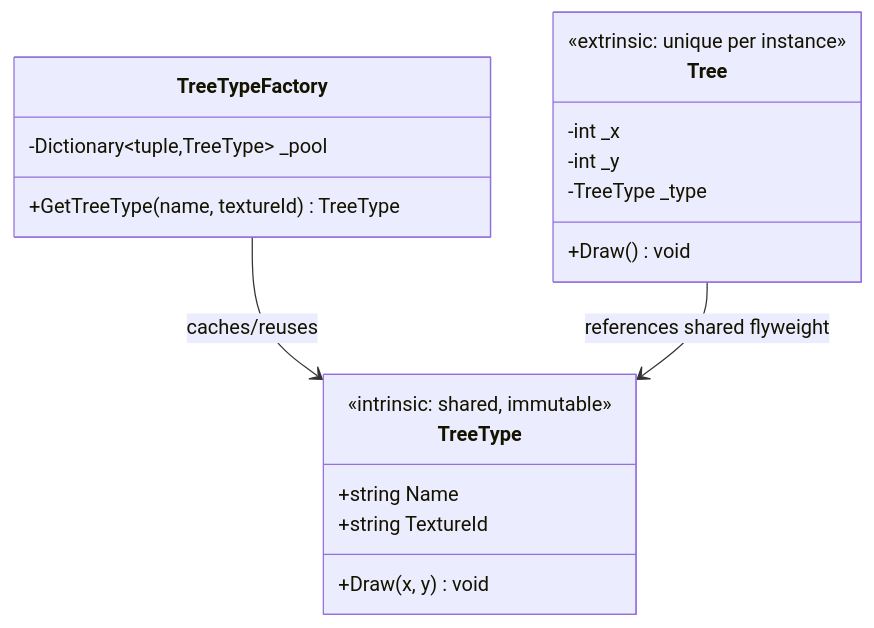
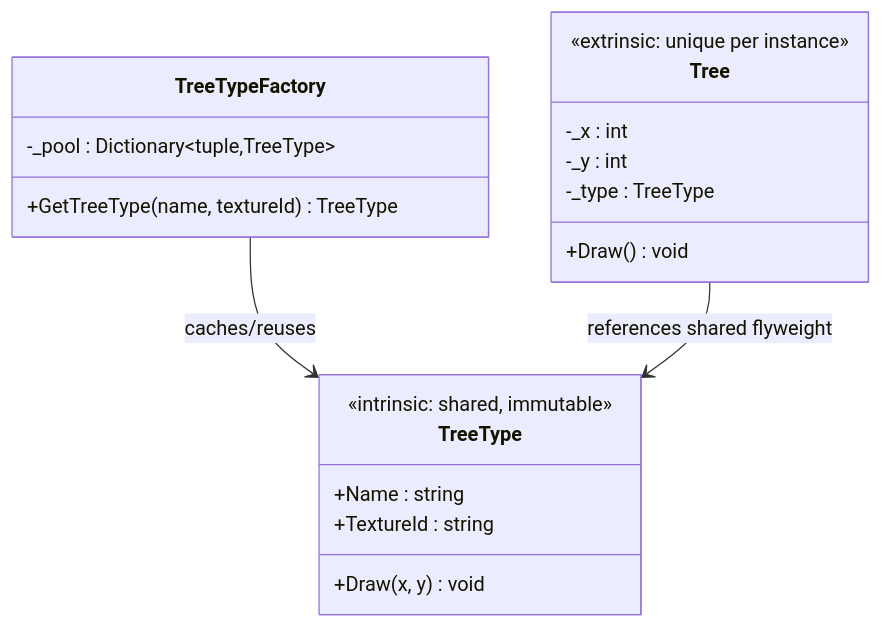
One commit to tushardongre1990/LLD-Claude changed the diagram in 00-Foundations/04-Design-Patterns/Structural/Flyweight/notes.md. Above: the diagram before and after it, drawn with Mermaid. The commit also changed 19 other files, not shown here.

First line of the commit message:
docs(00-Foundations): fix mermaid attribute ordering to name : type

````diff
--- a/00-Foundations/04-Design-Patterns/Structural/Flyweight/notes.md
+++ b/00-Foundations/04-Design-Patterns/Structural/Flyweight/notes.md
@@ -14,22 +14,22 @@
 ```mermaid
 classDiagram
     class TreeType {
         <<intrinsic: shared, immutable>>
-        +string Name
-        +string TextureId
+        +Name : string
+        +TextureId : string
         +Draw(x, y) void
     }
     class TreeTypeFactory {
-        -Dictionary~tuple,TreeType~ _pool
+        -_pool : Dictionary~tuple,TreeType~
         +GetTreeType(name, textureId) TreeType
     }
     class Tree {
         <<extrinsic: unique per instance>>
-        -int _x
-        -int _y
-        -TreeType _type
+        -_x : int
+        -_y : int
+        -_type : TreeType
         +Draw() void
     }
     TreeTypeFactory --> TreeType : caches/reuses
     Tree --> TreeType : references shared flyweight
 ```
````
